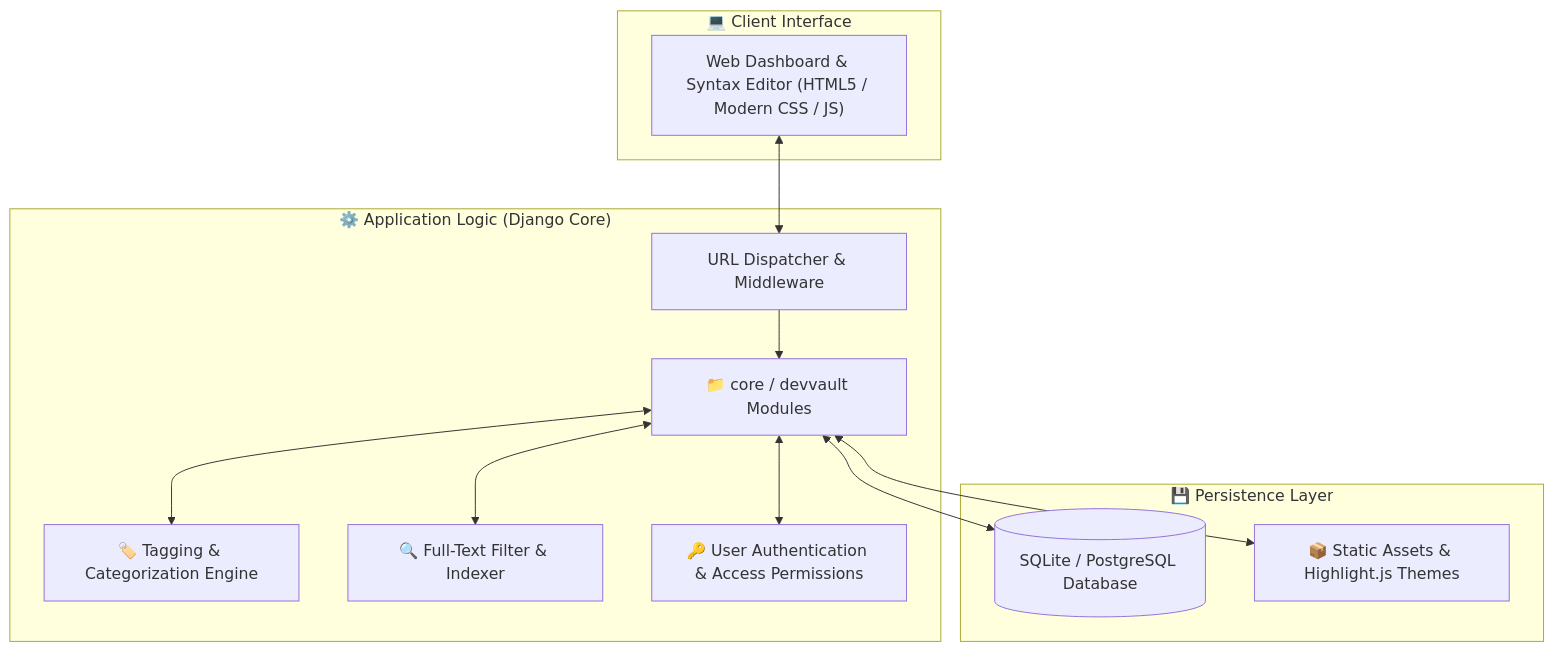
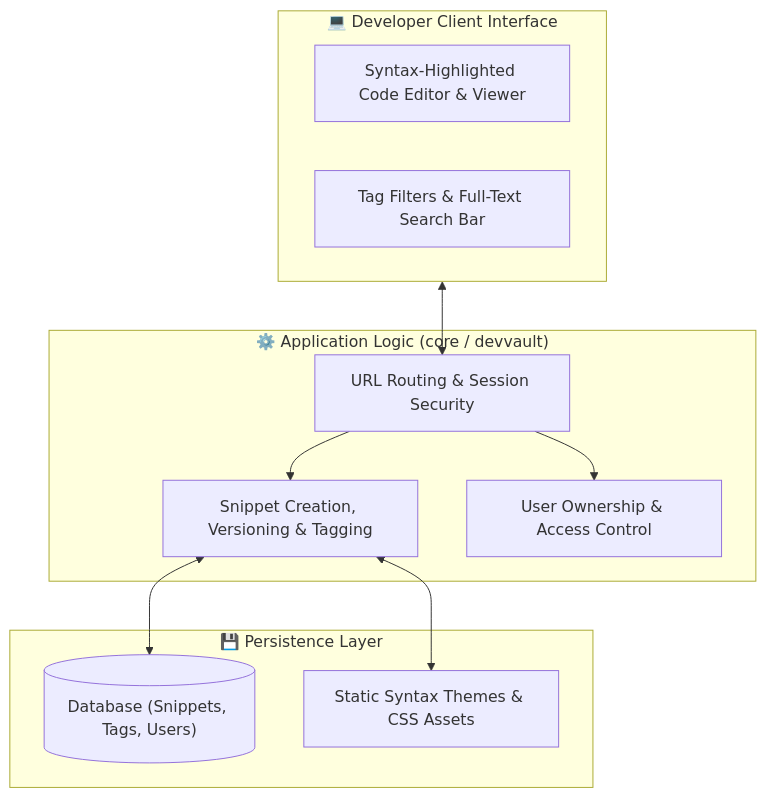
One commit to MominRifat/codevault changed the diagram in README.md. Above: the diagram before and after it, drawn with Mermaid. The commit also changed other lines of this file, not shown here.

Commit message:
docs: enhance README with comprehensive tech stack, setup guide, and 2D/3D architecture

````diff
--- a/README.md
+++ b/README.md
@@ -26,27 +43,24 @@
 ```mermaid
 flowchart TD
-    subgraph Client_Tier["💻 Client Interface"]
-        UI["Web Dashboard & Syntax Editor (HTML5 / Modern CSS / JS)"]
+    subgraph UI["💻 Developer Client Interface"]
+        Editor["Syntax-Highlighted Code Editor & Viewer"]
+        Filter["Tag Filters & Full-Text Search Bar"]
     end
 
-    subgraph App_Tier["⚙️ Application Logic (Django Core)"]
-        Router["URL Dispatcher & Middleware"]
-        CoreApp["📁 core / devvault Modules"]
-        Tagging["🏷️ Tagging & Categorization Engine"]
-        SearchEngine["🔍 Full-Text Filter & Indexer"]
-        AuthModule["🔑 User Authentication & Access Permissions"]
+    subgraph DjangoCore["⚙️ Application Logic (core / devvault)"]
+        Router["URL Routing & Session Security"]
+        SnippetService["Snippet Creation, Versioning & Tagging"]
+        AuthService["User Ownership & Access Control"]
     end
 
-    subgraph Data_Tier["💾 Persistence Layer"]
-        DB[("SQLite / PostgreSQL Database")]
-        StaticStore["📦 Static Assets & Highlight.js Themes"]
+    subgraph Storage["💾 Persistence Layer"]
+        DB[("Database (Snippets, Tags, Users)")]
+        Themes["Static Syntax Themes & CSS Assets"]
     end
 
     UI <--> Router
-    Router --> CoreApp
-    CoreApp <--> AuthModule
-    CoreApp <--> Tagging
-    CoreApp <--> SearchEngine
-    CoreApp <--> DB
-    CoreApp <--> StaticStore
+    Router --> SnippetService
+    Router --> AuthService
+    SnippetService <--> DB
+    SnippetService <--> Themes
 ```
````
